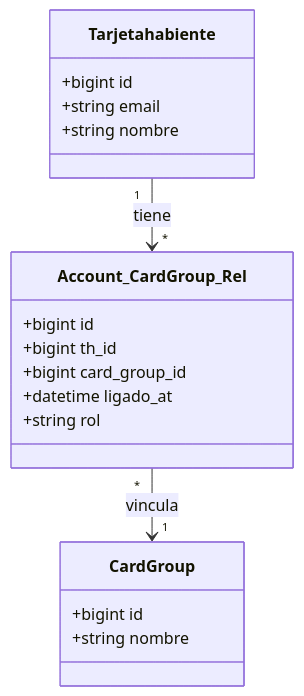
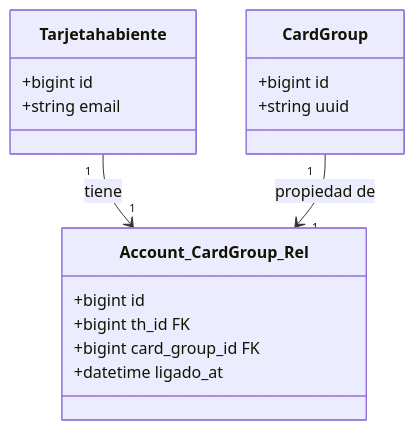
One commit to bulmaroarellano/pwa-architecture-proposal changed the third of 4 diagrams in pwa_group_er_diagram_focused.md. Above: the diagram before and after it, drawn with Mermaid. The commit also changed other lines of this file and 1 other file, not shown here.

Commit message:
Update architecture to V2: Strict 1:1 rules and Device Authorization

````diff
--- a/pwa_group_er_diagram_focused.md
+++ b/pwa_group_er_diagram_focused.md
@@ -54,24 +60,22 @@
 ```mermaid
 classDiagram
     class Tarjetahabiente {
         +bigint id
         +string email
-        +string nombre
     }
 
     class Account_CardGroup_Rel {
         +bigint id
-        +bigint th_id
-        +bigint card_group_id
+        +bigint th_id FK
+        +bigint card_group_id FK
         +datetime ligado_at
-        +string rol
     }
 
     class CardGroup {
         +bigint id
-        +string nombre
+        +string uuid
     }
 
-    Tarjetahabiente "1" --> "*" Account_CardGroup_Rel : tiene
-    Account_CardGroup_Rel "*" --> "1" CardGroup : vincula
+    Tarjetahabiente "1" --> "1" Account_CardGroup_Rel : tiene
+    CardGroup "1" --> "1" Account_CardGroup_Rel : propiedad de
 ```
````
